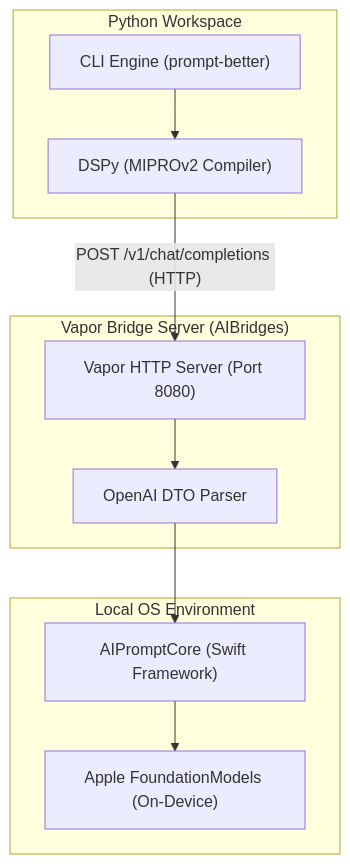
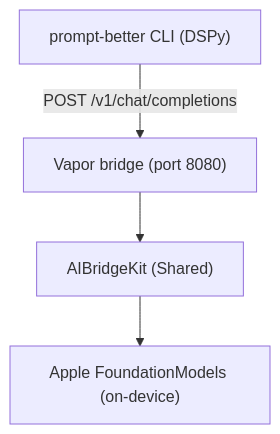
Before and after one commit to pkcpkc/prompt-better: the diagram in AIBridges/README.md, drawn with Mermaid. The commit also changed other lines of this file and 95 other files, not shown here.

First line of the commit message:
Refactor AIPromptCore: Remove obsolete tests, streamline build script, and update documentation

````diff
--- a/AIBridges/README.md
+++ b/AIBridges/README.md
@@ -13,23 +7,6 @@
 ```mermaid
 flowchart TD
-    subgraph Python ["Python Workspace"]
-        cli["CLI Engine (prompt-better)"]
-        dspy["DSPy (MIPROv2 Compiler)"]
-    end
-
-    subgraph BridgeServer ["Vapor Bridge Server (AIBridges)"]
-        vapor["Vapor HTTP Server (Port 8080)"]
-        dto["OpenAI DTO Parser"]
-    end
-
-    subgraph NativeOS ["Local OS Environment"]
-        core["AIPromptCore (Swift Framework)"]
-        apple_fm["Apple FoundationModels (On-Device)"]
-    end
-
-    cli --> dspy
-    dspy -- "POST /v1/chat/completions (HTTP)" --> vapor
-    vapor --> dto
-    dto --> core
-    core --> apple_fm
+    cli["prompt-better CLI (DSPy)"] -- "POST /v1/chat/completions" --> vapor["Vapor bridge (port 8080)"]
+    vapor --> kit["AIBridgeKit (Shared)"]
+    kit --> apple_fm["Apple FoundationModels (on-device)"]
 ```
````
